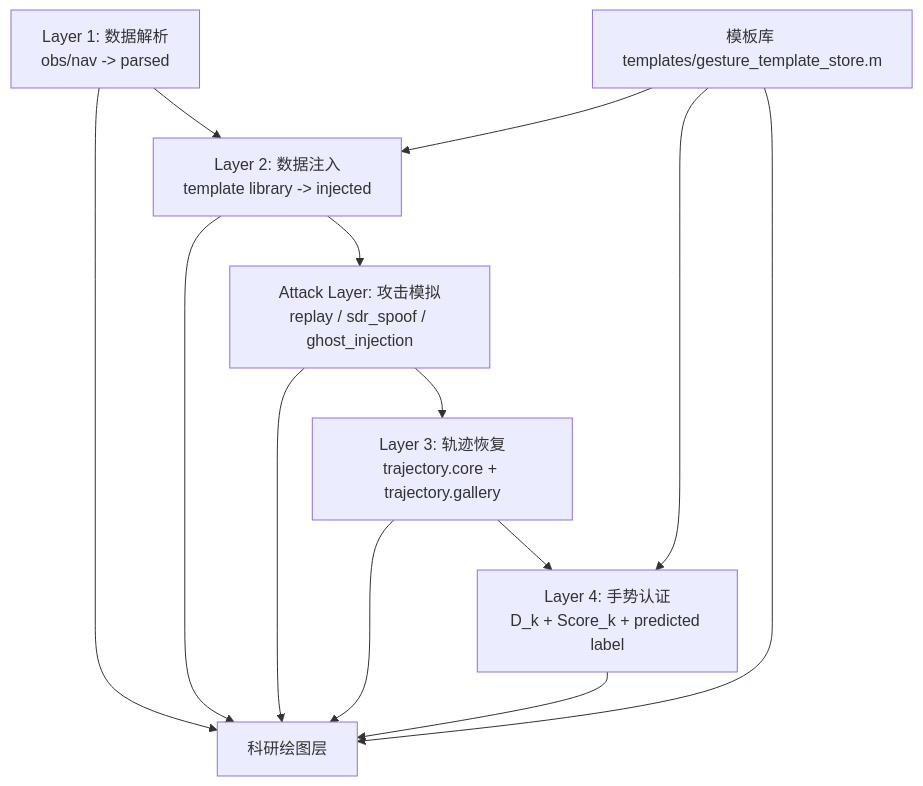
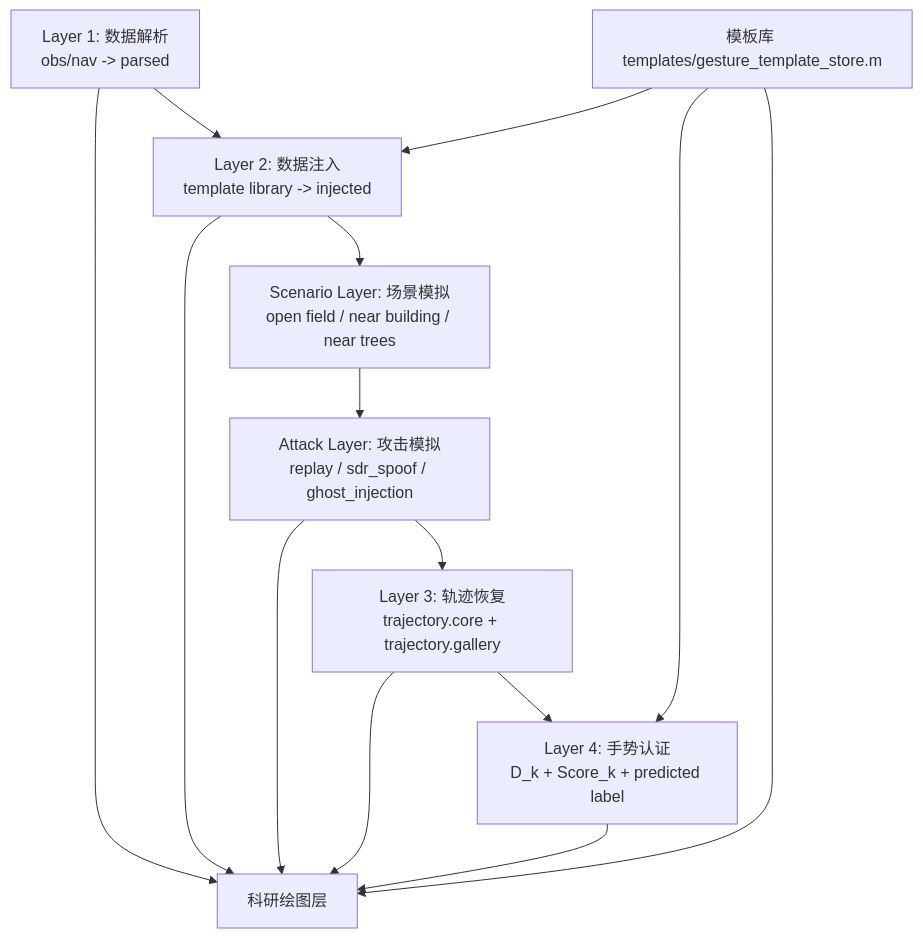
One commit to mfkiwl/SatLock changed the diagram in 简介.md. Above: the diagram before and after it, drawn with Mermaid. The commit also changed other lines of this file and 7 other files, not shown here.

Commit message:
确定绘图内容（不带systemDesign章节图）

````diff
--- a/简介.md
+++ b/简介.md
@@ -41,15 +42,16 @@
 ```mermaid
 flowchart TD
     A["Layer 1: 数据解析<br/>obs/nav -> parsed"] --> B["Layer 2: 数据注入<br/>template library -> injected"]
-    B --> C["Attack Layer: 攻击模拟<br/>replay / sdr_spoof / ghost_injection"]
+    B --> S["Scenario Layer: 场景模拟<br/>open field / near building / near trees"]
+    S --> C["Attack Layer: 攻击模拟<br/>replay / sdr_spoof / ghost_injection"]
     C --> D["Layer 3: 轨迹恢复<br/>trajectory.core + trajectory.gallery"]
     D --> E["Layer 4: 手势认证<br/>D_k + Score_k + predicted label"]
     A --> F["科研绘图层"]
     B --> F
     C --> F
     D --> F
     E --> F
     T["模板库 templates/gesture_template_store.m"] --> B
     T --> E
     T --> F
 ```
````
